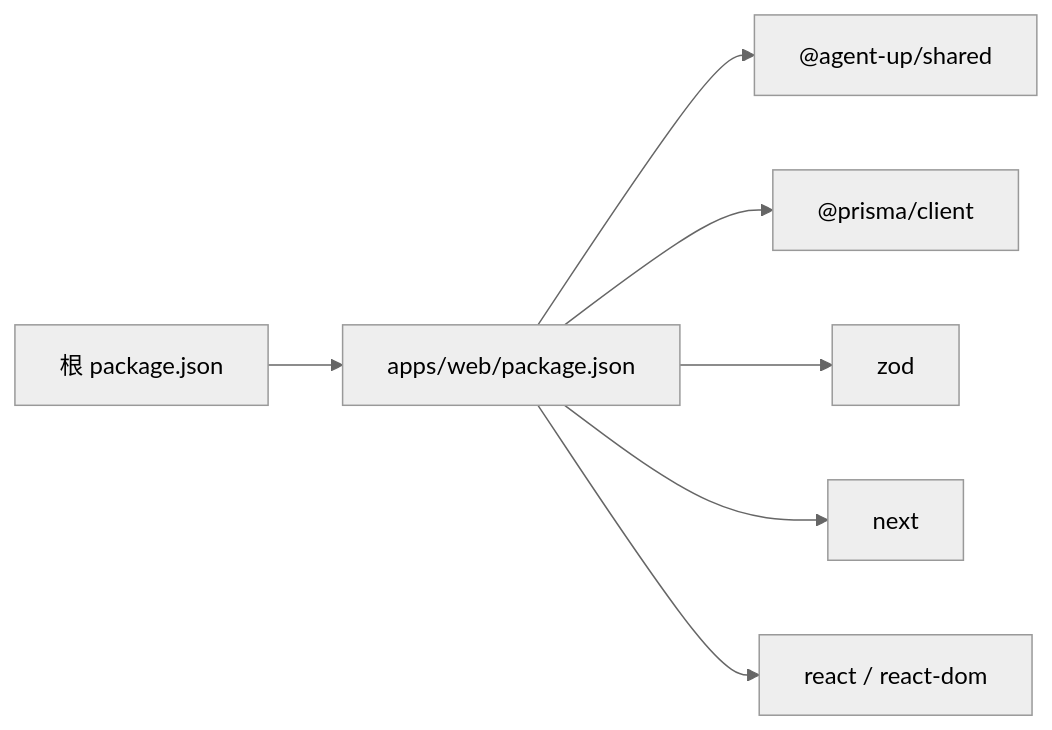
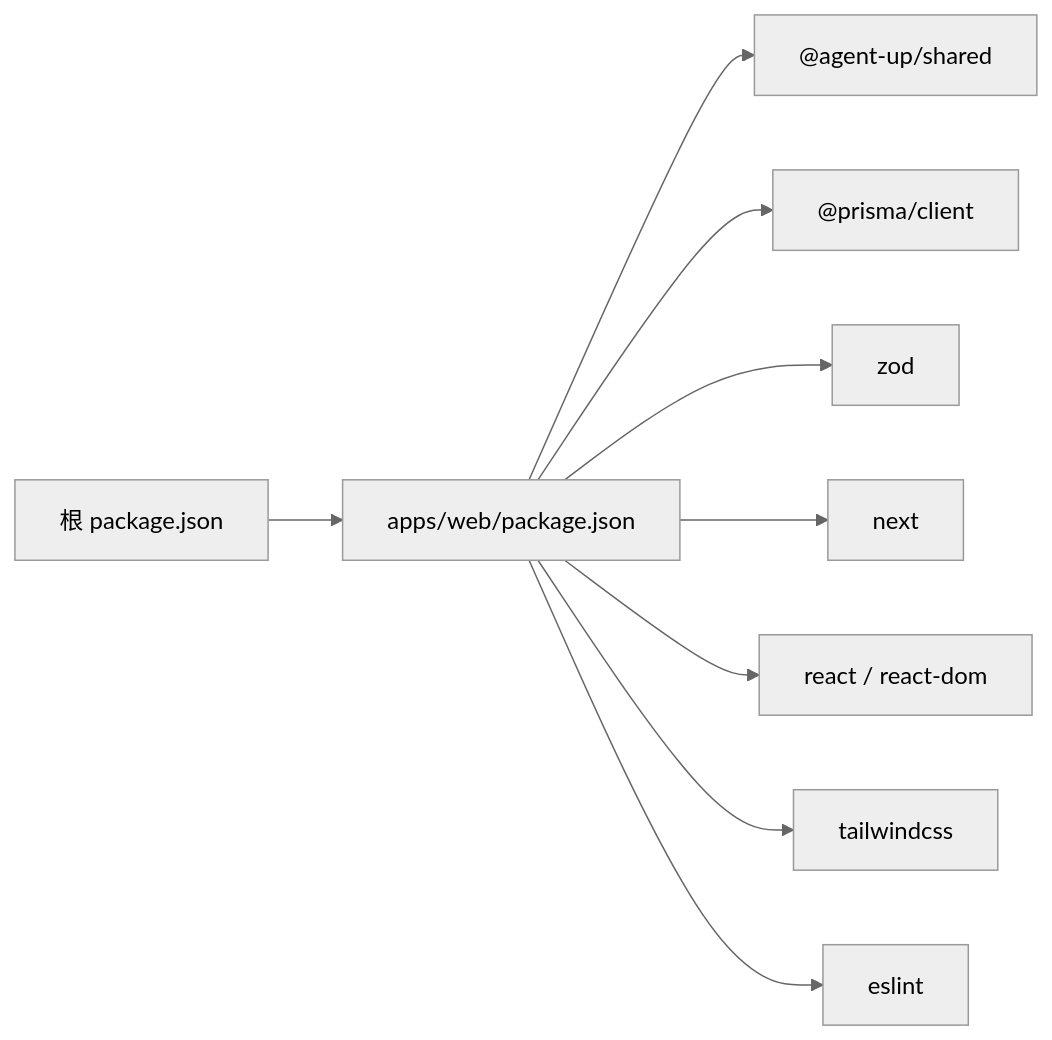
One commit to ai-guru-global/agent-up changed the sixth of 6 diagrams in .qoder/repowiki/zh/content/功能模块/Skills 市场.md. Above: the diagram before and after it, drawn with Mermaid (neutral theme). The commit also changed other lines of this file and 57 other files, not shown here.

````diff
--- a/.qoder/repowiki/zh/content/功能模块/Skills 市场.md
+++ b/.qoder/repowiki/zh/content/功能模块/Skills 市场.md
@@ -279,9 +451,11 @@
 ```mermaid
 graph LR
 PkgRoot["根 package.json"] --> WebPkg["apps/web/package.json"]
 WebPkg --> Shared["@agent-up/shared"]
 WebPkg --> Prisma["@prisma/client"]
 WebPkg --> Zod["zod"]
 WebPkg --> Next["next"]
 WebPkg --> React["react / react-dom"]
+WebPkg --> Tailwind["tailwindcss"]
+WebPkg --> ESLint["eslint"]
 ```
````
